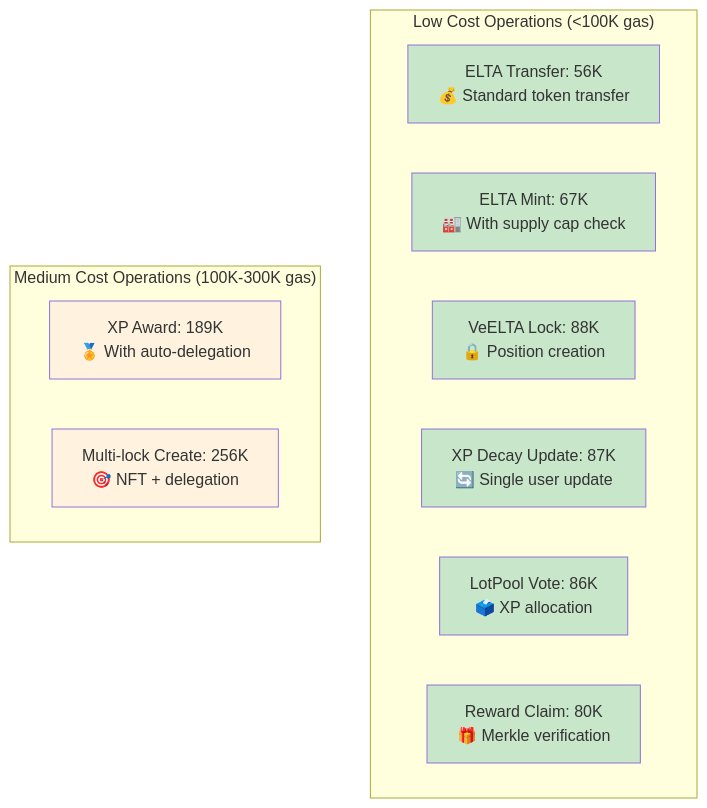
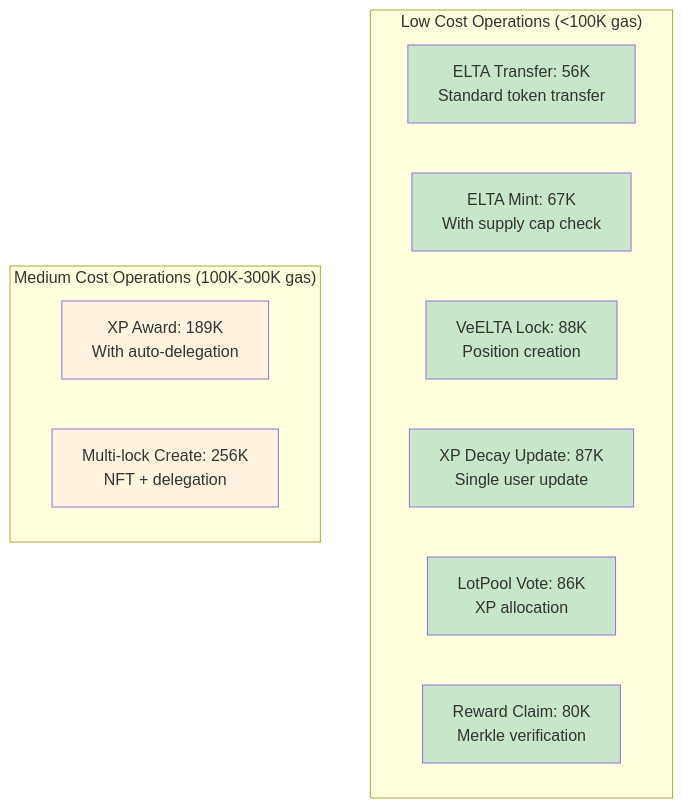
Before and after one commit to Elata-Biosciences/elata-protocol: the seventh of 8 diagrams in README.md, drawn with Mermaid. The commit also changed other lines of this file, not shown here.

````diff
--- a/README.md
+++ b/README.md
@@ -434,25 +434,25 @@
 ```mermaid
 graph TD
     subgraph "Low Cost Operations (<100K gas)"
-        LC1[ELTA Transfer: 56K<br/>💰 Standard token transfer]
-        LC2[ELTA Mint: 67K<br/>🏭 With supply cap check]
-        LC3[VeELTA Lock: 88K<br/>🔒 Position creation]
-        LC4[XP Decay Update: 87K<br/>🔄 Single user update]
-        LC5[LotPool Vote: 86K<br/>🗳️ XP allocation]
-        LC6[Reward Claim: 80K<br/>🎁 Merkle verification]
+        LC1[ELTA Transfer: 56K<br/> Standard token transfer]
+        LC2[ELTA Mint: 67K<br/> With supply cap check]
+        LC3[VeELTA Lock: 88K<br/> Position creation]
+        LC4[XP Decay Update: 87K<br/> Single user update]
+        LC5[LotPool Vote: 86K<br/> XP allocation]
+        LC6[Reward Claim: 80K<br/> Merkle verification]
     end
     
     subgraph "Medium Cost Operations (100K-300K gas)"
-        MC1[XP Award: 189K<br/>🏅 With auto-delegation]
-        MC2[Multi-lock Create: 256K<br/>🎯 NFT + delegation]
+        MC1[XP Award: 189K<br/> With auto-delegation]
+        MC2[Multi-lock Create: 256K<br/> NFT + delegation]
     end
     
     style LC1 fill:#c8e6c9
     style LC2 fill:#c8e6c9
     style LC3 fill:#c8e6c9
     style LC4 fill:#c8e6c9
     style LC5 fill:#c8e6c9
     style LC6 fill:#c8e6c9
     style MC1 fill:#fff3e0
     style MC2 fill:#fff3e0
 ```
````
